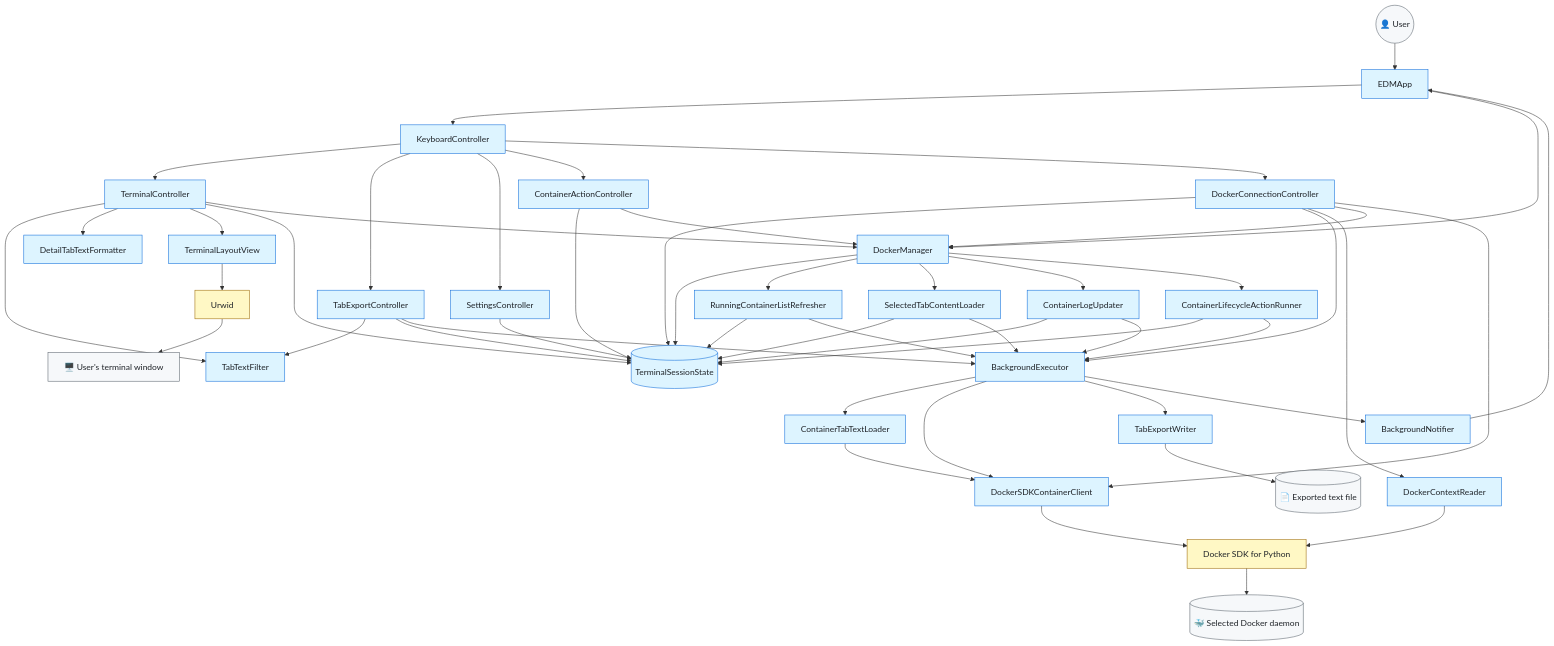
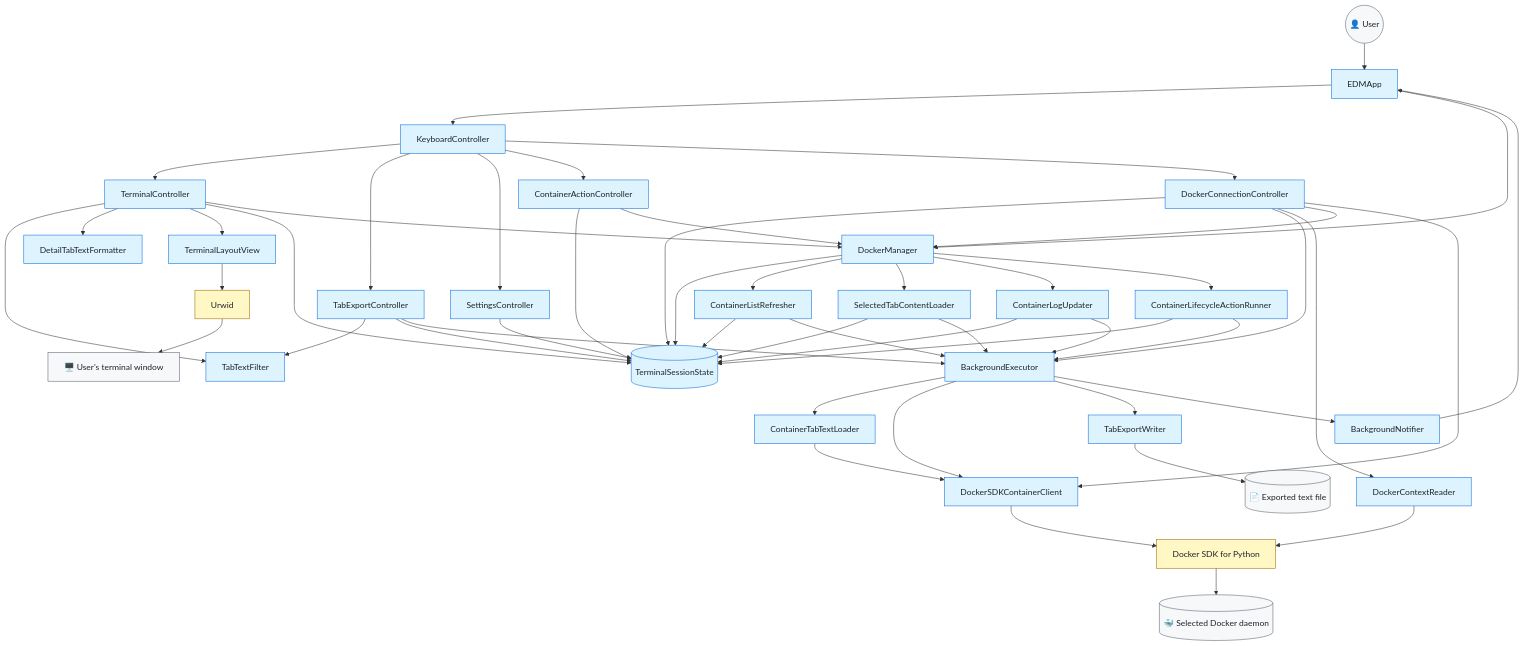
The first of 5 diagrams in DEVELOPMENT_GUIDE.md (arabnejad/edm), drawn with Mermaid before and after one commit. The commit also changed other lines of this file and 41 other files, not shown here.

```diff
--- a/DEVELOPMENT_GUIDE.md
+++ b/DEVELOPMENT_GUIDE.md
@@ -113,7 +112,7 @@
     ConnectionController[DockerConnectionController]
     State[(TerminalSessionState)]
     DockerManager[DockerManager]
-    ContainerRefresh[RunningContainerListRefresher]
+    ContainerRefresh[ContainerListRefresher]
     TabLoad[SelectedTabContentLoader]
     LogUpdates[ContainerLogUpdater]
     Lifecycle[ContainerLifecycleActionRunner]
```
